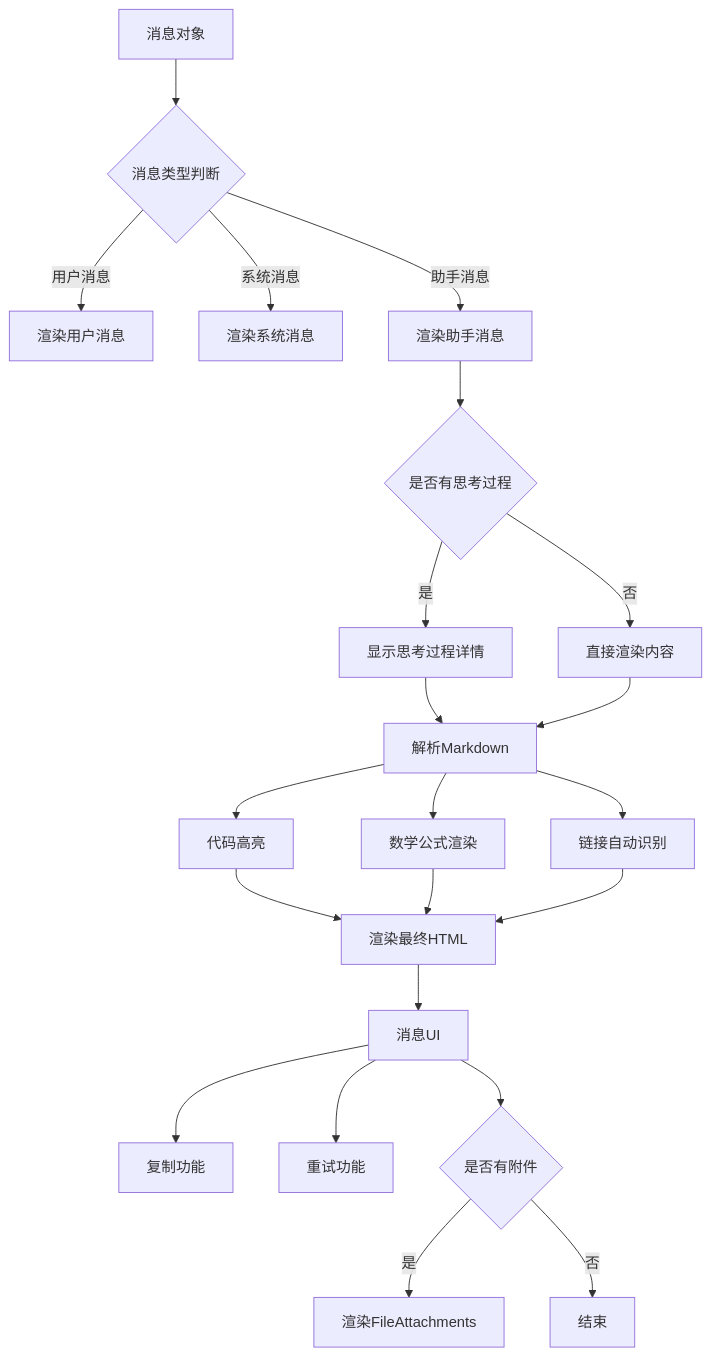
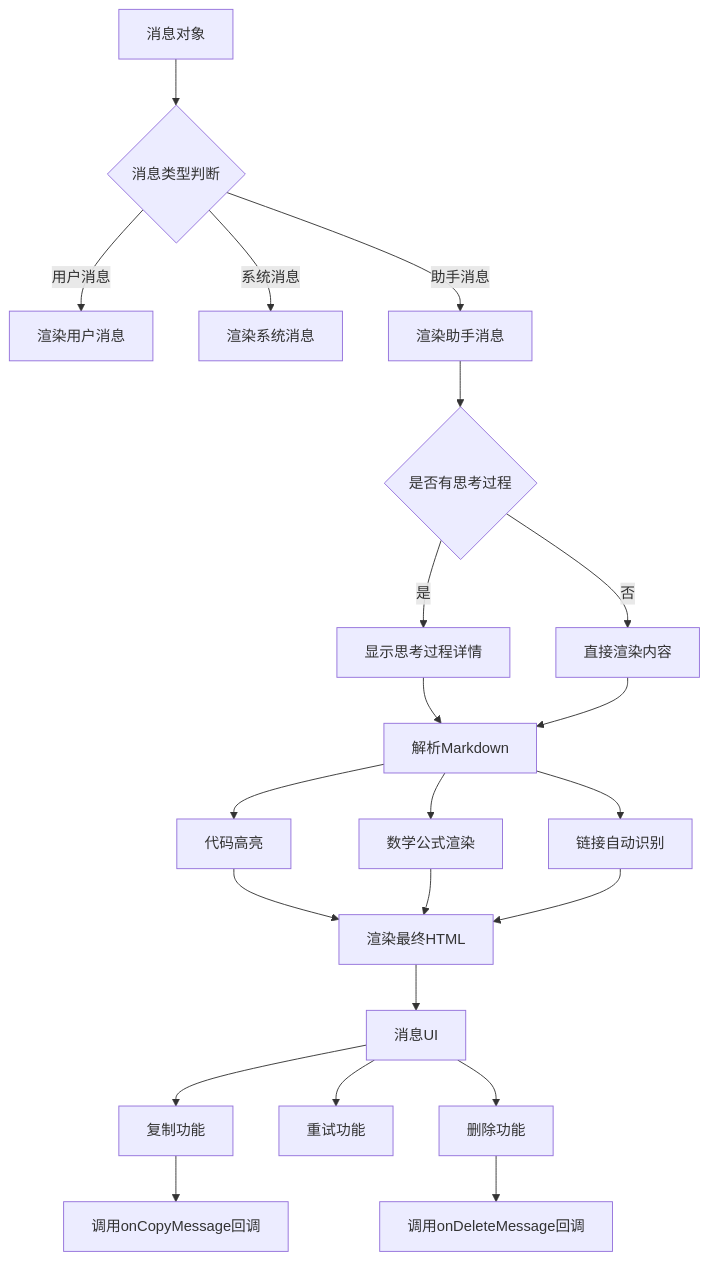
One commit to zfyime/chat-mini changed the second of 10 diagrams in .qoder/repowiki/zh/content/组件架构/MessageItem组件.md. Above: the diagram before and after it, drawn with Mermaid. The commit also changed other lines of this file and 10 other files, not shown here.

````diff
--- a/.qoder/repowiki/zh/content/组件架构/MessageItem组件.md
+++ b/.qoder/repowiki/zh/content/组件架构/MessageItem组件.md
@@ -85,24 +87,24 @@
 ```mermaid
 graph TB
 A[消息对象] --> B{消息类型判断}
 B --> |用户消息| C[渲染用户消息]
 B --> |系统消息| D[渲染系统消息]
 B --> |助手消息| E[渲染助手消息]
 E --> F{是否有思考过程}
 F --> |是| G[显示思考过程详情]
 F --> |否| H[直接渲染内容]
 G --> I[解析Markdown]
 H --> I
 I --> J[代码高亮]
 I --> K[数学公式渲染]
 I --> L[链接自动识别]
 J --> M[渲染最终HTML]
 K --> M
 L --> M
 M --> N[消息UI]
 N --> O[复制功能]
 N --> P[重试功能]
-N --> Q{是否有附件}
-Q --> |是| R[渲染FileAttachments]
-Q --> |否| S[结束]
+N --> Q[删除功能]
+Q --> R[调用onDeleteMessage回调]
+O --> S[调用onCopyMessage回调]
 ```
````
